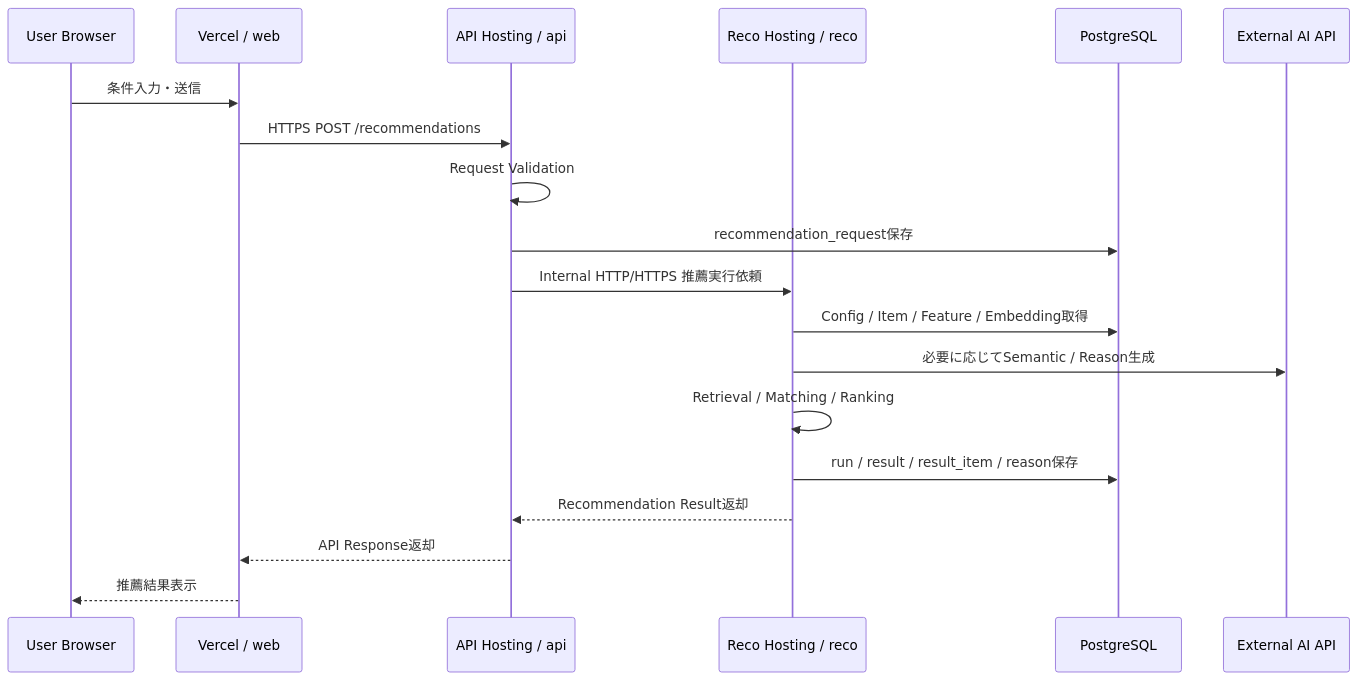
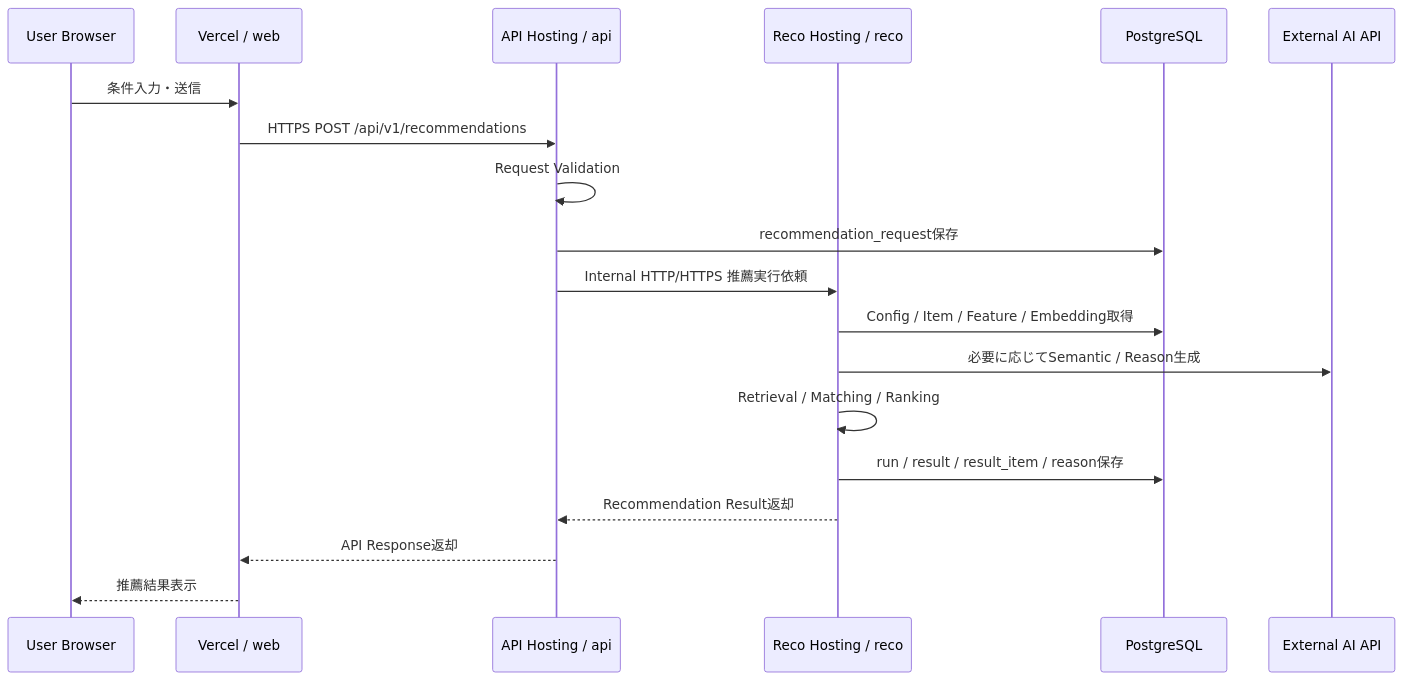
Before and after one commit to ryo-chan-k6/GiftRecommendAPP_MVP_CYCLE_3: the second of 7 diagrams in docs/05_アプリケーション設計/基盤/システム物理構成図.md, drawn with Mermaid. The commit also changed 68 other files, not shown here.

Commit message:
APIドキュメントを更新し、Gift Recommendation Service MVPにおけるエンドポイントのURLを新しいバージョン形式に変更。具体的には、`/recommendations`や`/masters`などのエンドポイントを`/api/v1/`プレフィックス付きに修正し、APIの整合性と明確性を向上させた。また、フィードバック登録やマスタ取得に関するエンドポイントも同様に更新し、全体の設計基盤を強化した。 (#217)

````diff
--- a/docs/05_アプリケーション設計/基盤/システム物理構成図.md
+++ b/docs/05_アプリケーション設計/基盤/システム物理構成図.md
@@ -175,24 +175,24 @@
 ```mermaid
 sequenceDiagram
     participant User as User Browser
     participant Web as Vercel / web
     participant API as API Hosting / api
     participant Reco as Reco Hosting / reco
     participant DB as PostgreSQL
     participant AI as External AI API
 
     User->>Web: 条件入力・送信
-    Web->>API: HTTPS POST /recommendations
+    Web->>API: HTTPS POST /api/v1/recommendations
     API->>API: Request Validation
     API->>DB: recommendation_request保存
     API->>Reco: Internal HTTP/HTTPS 推薦実行依頼
 
     Reco->>DB: Config / Item / Feature / Embedding取得
     Reco->>AI: 必要に応じてSemantic / Reason生成
     Reco->>Reco: Retrieval / Matching / Ranking
     Reco->>DB: run / result / result_item / reason保存
     Reco-->>API: Recommendation Result返却
 
     API-->>Web: API Response返却
     Web-->>User: 推薦結果表示
 ```
````
